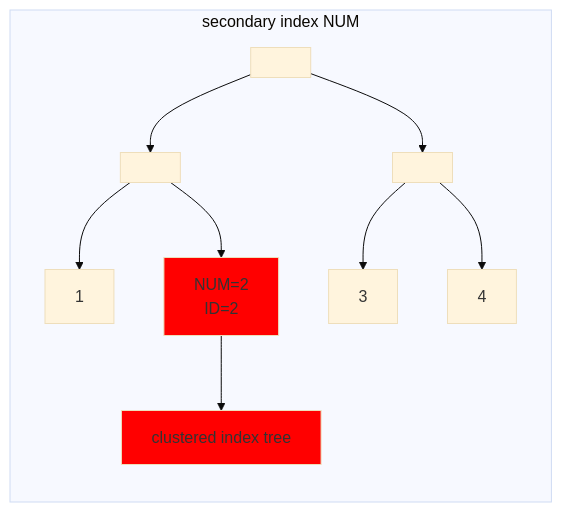
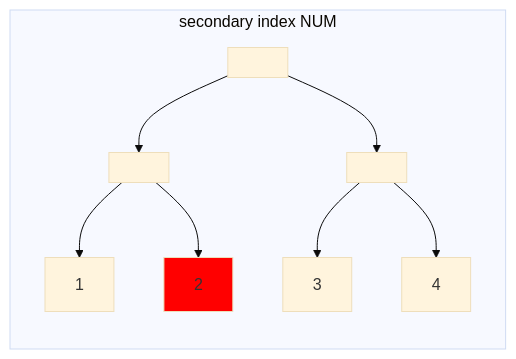
The sixth of 33 diagrams in memo.md (kunidesuyo/DB_index), drawn with Mermaid (base theme) before and after one commit.

````diff
--- a/memo.md
+++ b/memo.md
@@ -208,13 +208,11 @@
 ```mermaid
 graph TB;
   subgraph secondary index NUM
     direction TB;
     a[ ]-->b[ ];
     a-->c[ ];
-    b-->d[1] & e[NUM=2<br>ID=2];
+    b-->d[1] & e[2];
     c-->f[3] & g[4];
-    e-->h[clustered index tree]
     style e fill:red
-    style h fill:red
   end
 ```
````
